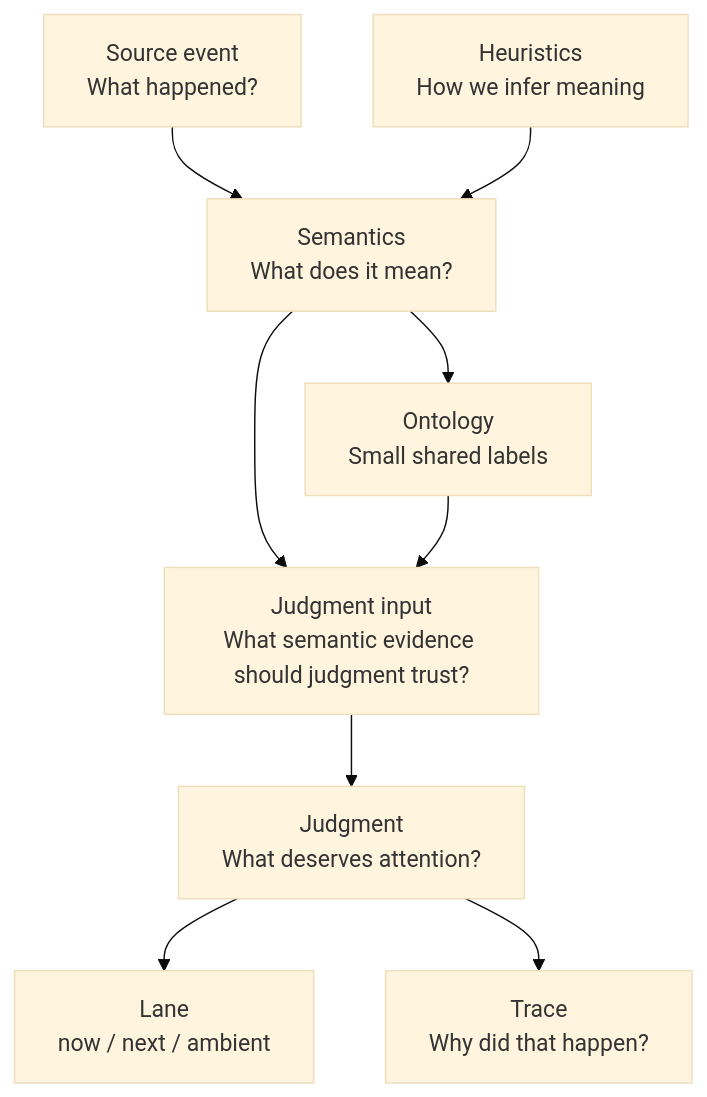
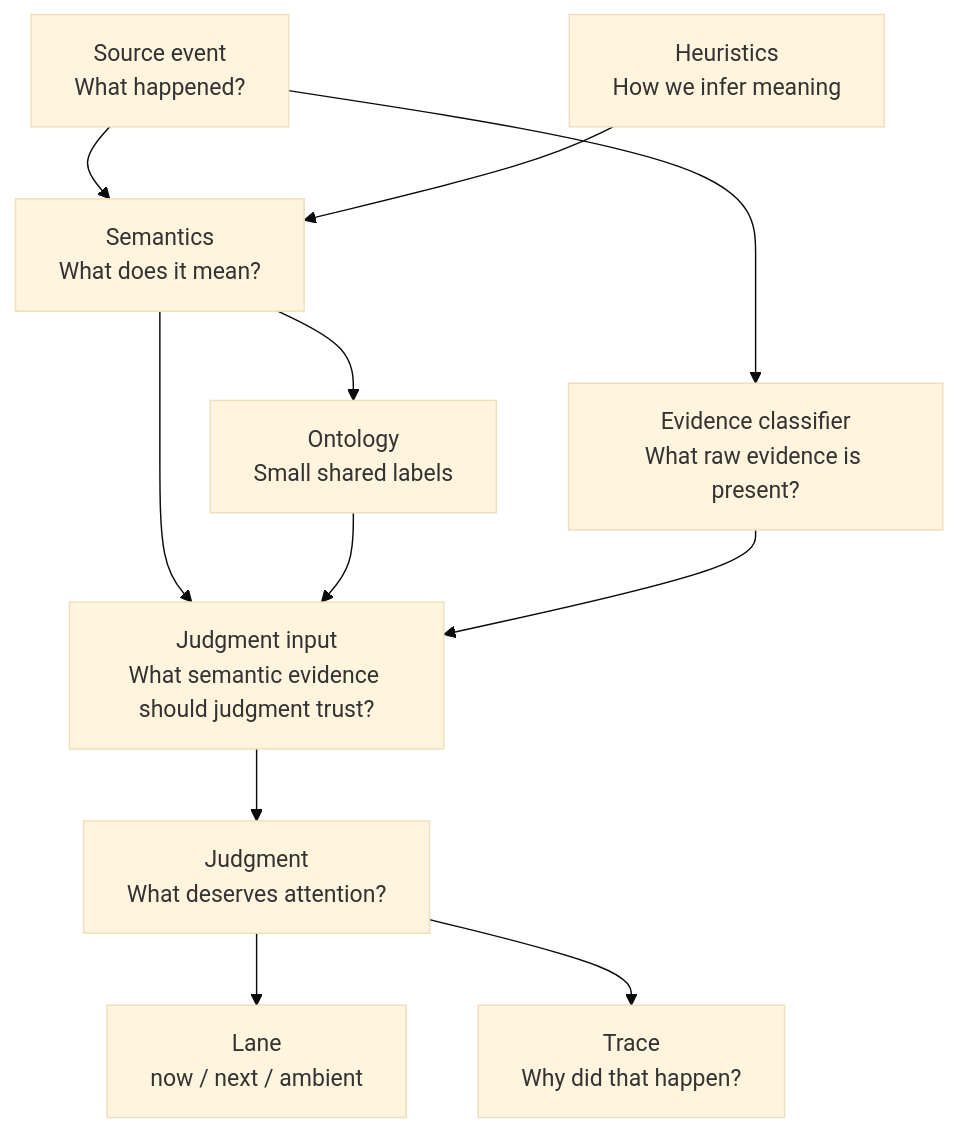
The diagram in docs/engine/core-mental-model.md (tomismeta/aperture), drawn with Mermaid (base theme) before and after one commit. The commit also changed other lines of this file and 23 other files, not shown here.

````diff
--- a/docs/engine/core-mental-model.md
+++ b/docs/engine/core-mental-model.md
@@ -18,11 +18,13 @@
 ```mermaid
 graph TD
   A["Source event<br/>What happened?"] --> B["Semantics<br/>What does it mean?"]
   E["Heuristics<br/>How we infer meaning"] --> B
   B --> C["Ontology<br/>Small shared labels"]
+  A --> I["Evidence classifier<br/>What raw evidence is present?"]
   B --> D["Judgment input<br/>What semantic evidence should judgment trust?"]
   C --> D
+  I --> D
   D --> F["Judgment<br/>What deserves attention?"]
   F --> G["Lane<br/>now / next / ambient"]
   F --> H["Trace<br/>Why did that happen?"]
 ```
````
